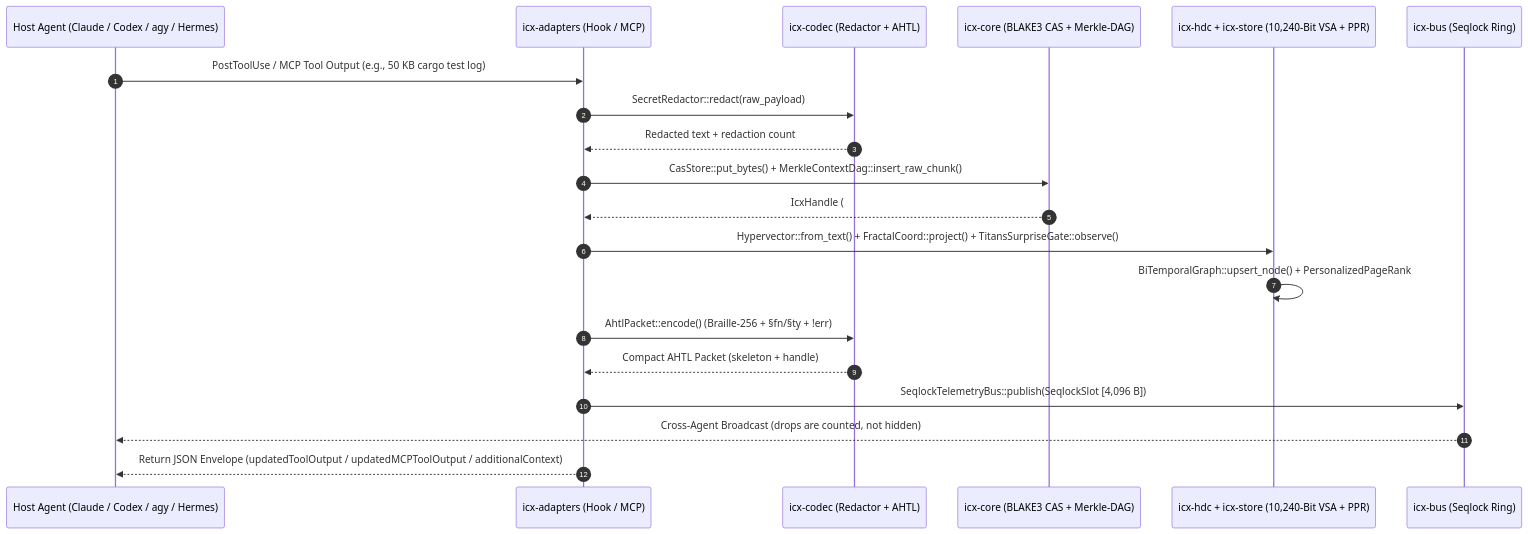
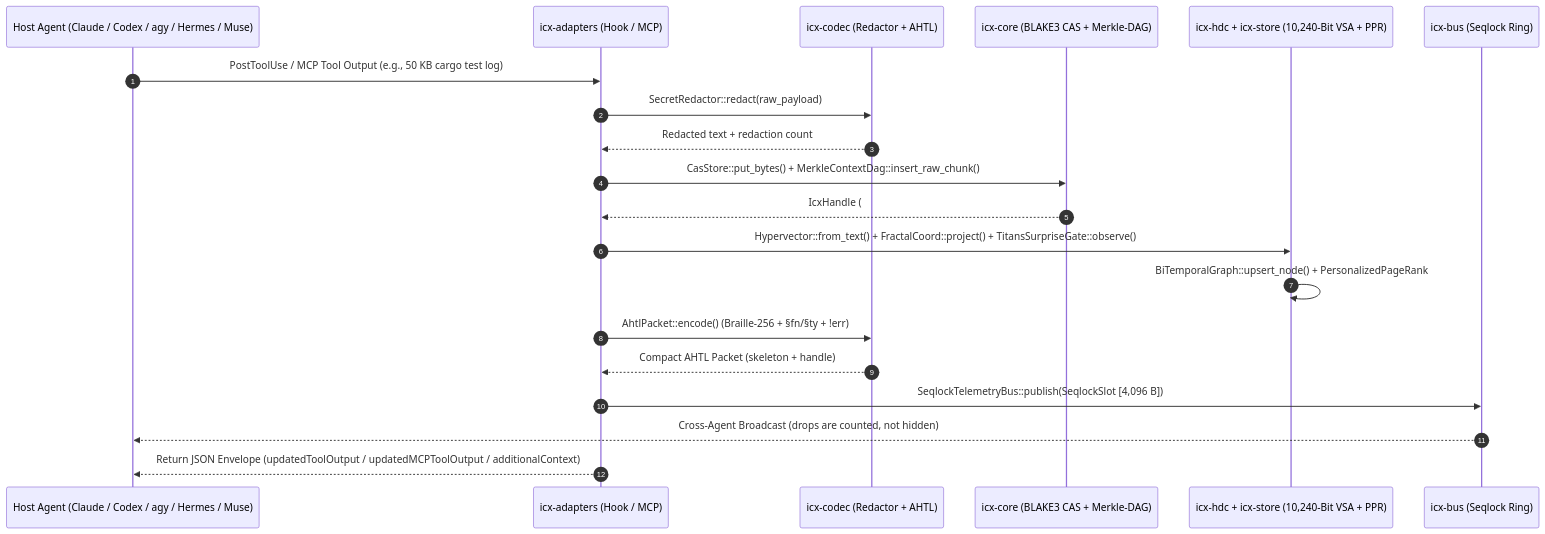
The second of 3 diagrams in README.md (doublegate/Infinity-Context), drawn with Mermaid before and after one commit. The commit also changed other lines of this file and 25 other files, not shown here.

````diff
--- a/README.md
+++ b/README.md
@@ -233,23 +245,23 @@
 ```mermaid
 sequenceDiagram
   autonumber
-  participant Agent as Host Agent (Claude / Codex / agy / Hermes)
+  participant Agent as Host Agent (Claude / Codex / agy / Hermes / Muse)
   participant Hook as icx-adapters (Hook / MCP)
   participant Codec as icx-codec (Redactor + AHTL)
   participant DAG as icx-core (BLAKE3 CAS + Merkle-DAG)
   participant HDC as icx-hdc + icx-store (10,240-Bit VSA + PPR)
   participant SHM as icx-bus (Seqlock Ring)
 
   Agent->>Hook: PostToolUse / MCP Tool Output (e.g., 50 KB cargo test log)
   Hook->>Codec: SecretRedactor::redact(raw_payload)
   Codec-->>Hook: Redacted text + redaction count
   Hook->>DAG: CasStore::put_bytes() + MerkleContextDag::insert_raw_chunk()
   DAG-->>Hook: IcxHandle (#icx:7bf8239fb7c504f1)
   Hook->>HDC: Hypervector::from_text() + FractalCoord::project() + TitansSurpriseGate::observe()
   HDC->>HDC: BiTemporalGraph::upsert_node() + PersonalizedPageRank
   Hook->>Codec: AhtlPacket::encode() (Braille-256 + §fn/§ty + !err)
   Codec-->>Hook: Compact AHTL Packet (skeleton + handle)
   Hook->>SHM: SeqlockTelemetryBus::publish(SeqlockSlot [4,096 B])
   SHM-->>Agent: Cross-Agent Broadcast (drops are counted, not hidden)
   Hook-->>Agent: Return JSON Envelope (updatedToolOutput / updatedMCPToolOutput / additionalContext)
 ```
````
